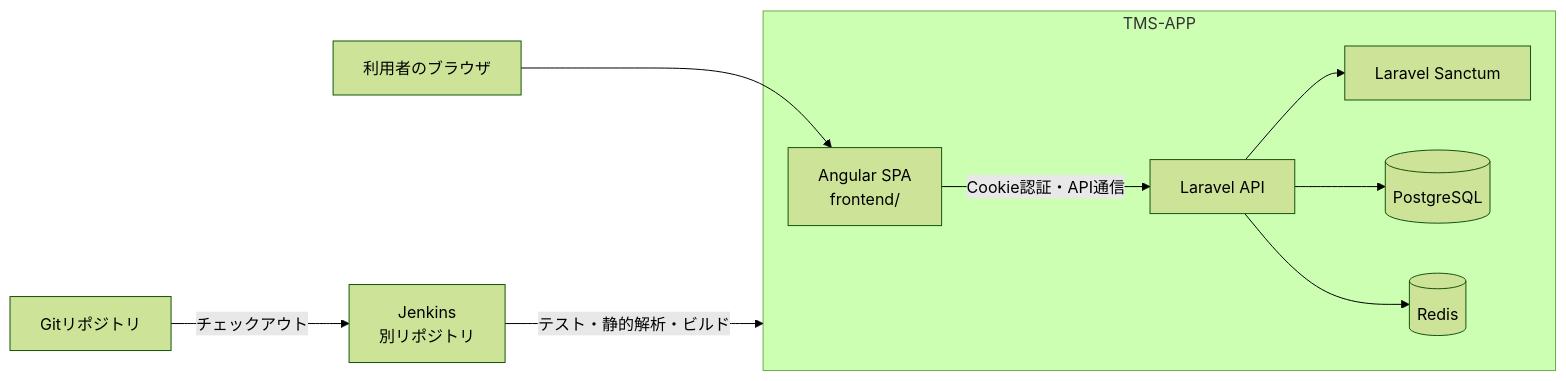
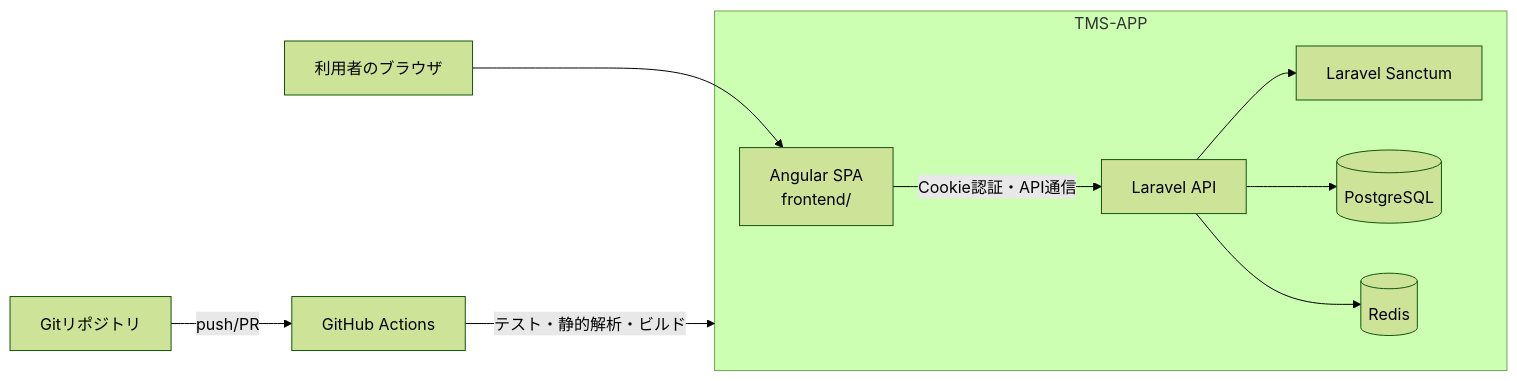
One commit to Azariah-kuma/TMS-APP changed the second of 3 diagrams in README.md. Above: the diagram before and after it, drawn with Mermaid (forest theme). The commit also changed other lines of this file and 8 other files, not shown here.

````diff
--- a/README.md
+++ b/README.md
@@ -84,23 +84,23 @@
 ```mermaid
 flowchart LR
     User[利用者のブラウザ]
 
     subgraph App[TMS-APP]
         Angular[Angular SPA<br>frontend/]
         Laravel[Laravel API]
         Auth[Laravel Sanctum]
         DB[(PostgreSQL)]
         Redis[(Redis)]
     end
 
     Source[Gitリポジトリ]
-    Jenkins[Jenkins<br>別リポジトリ]
+    Actions[GitHub Actions]
 
     User --> Angular
     Angular -->|Cookie認証・API通信| Laravel
     Laravel --> Auth
     Laravel --> DB
     Laravel --> Redis
-    Source -->|チェックアウト| Jenkins
-    Jenkins -->|テスト・静的解析・ビルド| App
+    Source -->|push/PR| Actions
+    Actions -->|テスト・静的解析・ビルド| App
 ```
````
